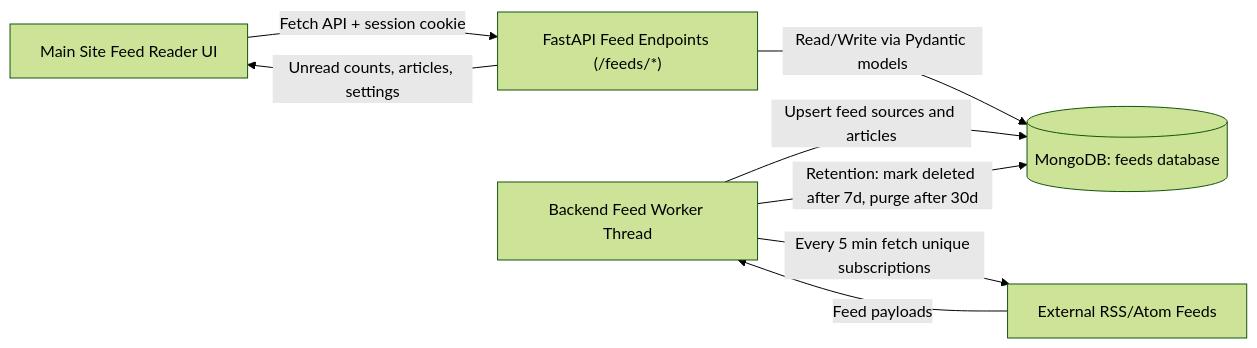
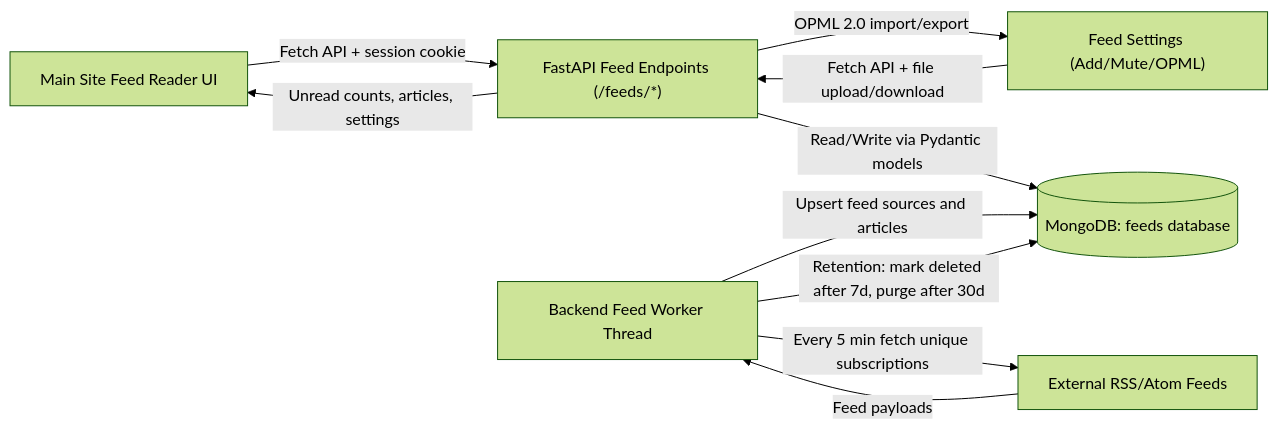
One commit to schleising/website3 changed the first of 5 diagrams in website/feeds/README.md. Above: the diagram before and after it, drawn with Mermaid (forest theme). The commit also changed other lines of this file, not shown here.

Commit message:
Add OPML import/export functionality for feed subscriptions and categories

````diff
--- a/website/feeds/README.md
+++ b/website/feeds/README.md
@@ -72,10 +75,12 @@
 ```mermaid
 flowchart LR
 	 Browser["Main Site Feed Reader UI"] -->|Fetch API + session cookie| FastAPI["FastAPI Feed Endpoints (/feeds/*)"]
+	 Settings["Feed Settings (Add/Mute/OPML)"] -->|Fetch API + file upload/download| FastAPI
 	 FastAPI -->|Read/Write via Pydantic models| FeedDB[("MongoDB: feeds database")]
 	 Worker["Backend Feed Worker Thread"] -->|Every 5 min fetch unique subscriptions| Sources["External RSS/Atom Feeds"]
 	 Sources -->|Feed payloads| Worker
 	 Worker -->|Upsert feed sources and articles| FeedDB
 	 Worker -->|Retention: mark deleted after 7d, purge after 30d| FeedDB
 	 FastAPI -->|Unread counts, articles, settings| Browser
+	 FastAPI -->|OPML 2.0 import/export| Settings
 ```
````
